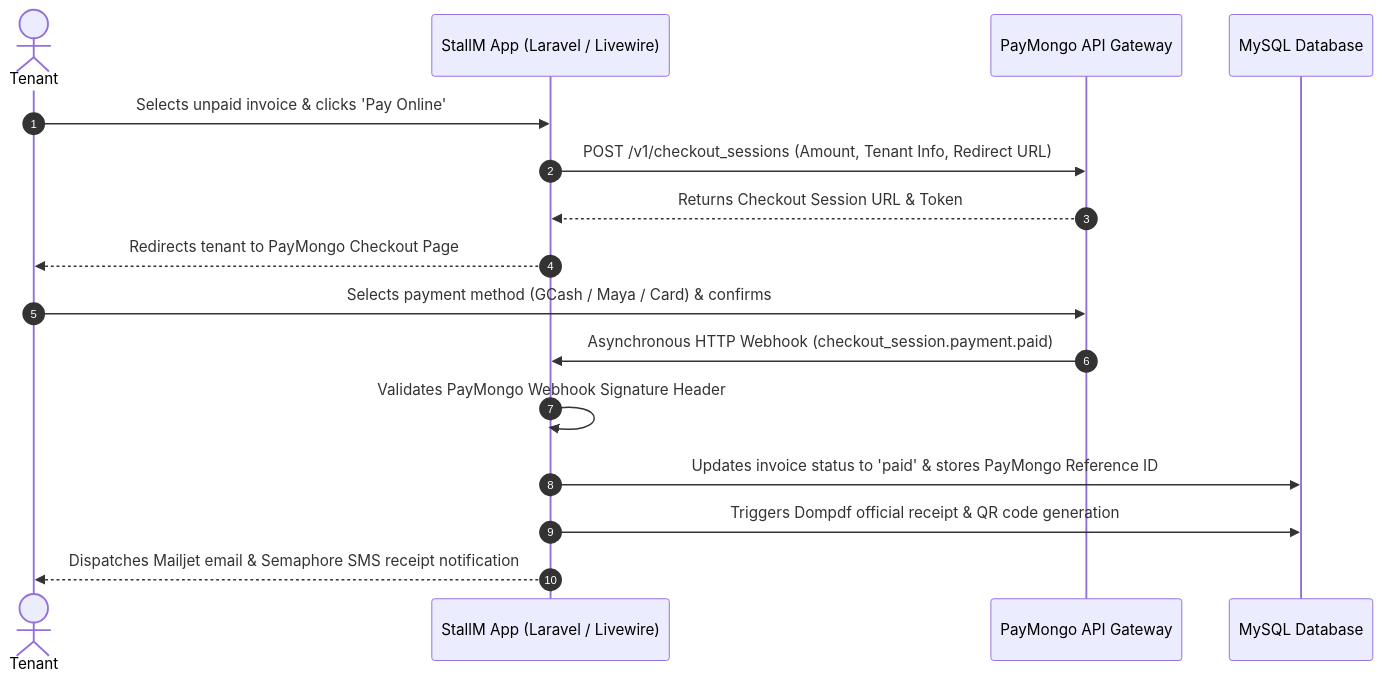
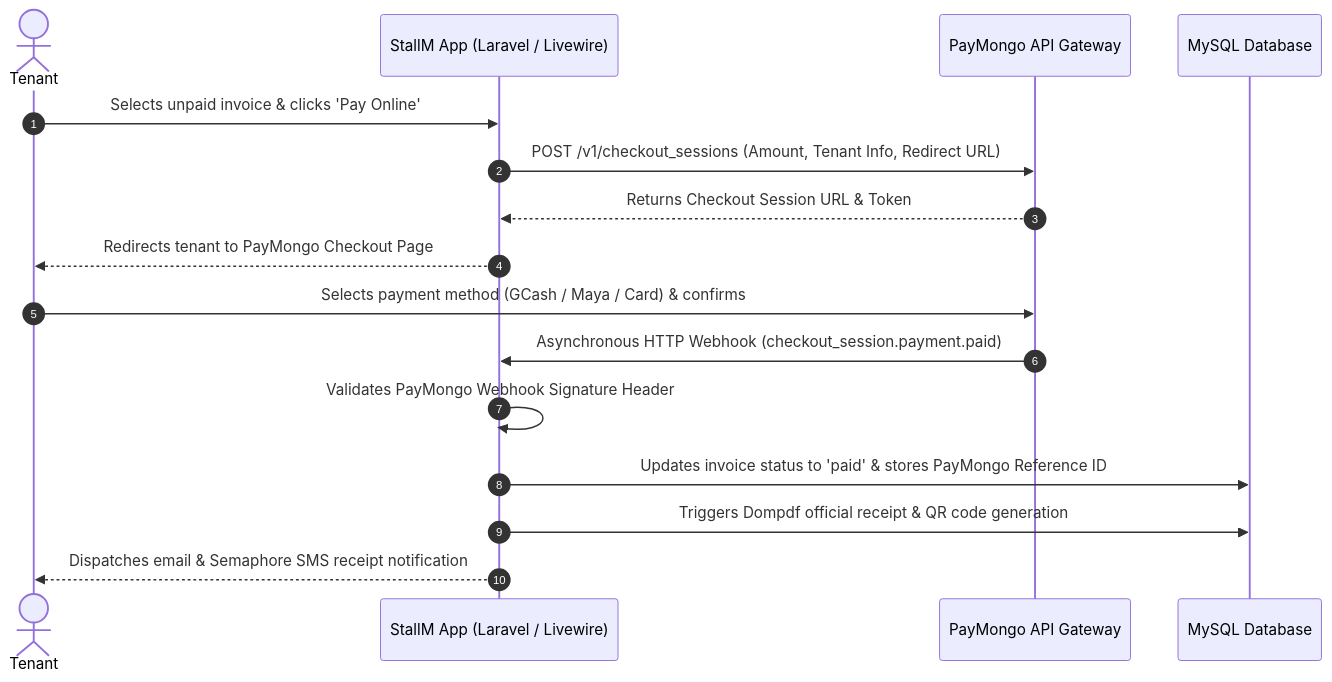
Before and after one commit to bloxer09/Stall-Management-System-Center-Point: the second of 3 diagrams in Chapter4.md, drawn with Mermaid. The commit also changed other lines of this file and 33 other files, not shown here.

Commit message:
feat: implement tenant lease allocation, automated email notifications, and administrative audit logging modules

````diff
--- a/Chapter4.md
+++ b/Chapter4.md
@@ -159,19 +158,19 @@
 ```mermaid
 sequenceDiagram
     autonumber
     actor Tenant
     participant App as StallM App (Laravel / Livewire)
     participant PM as PayMongo API Gateway
     participant DB as MySQL Database
     
     Tenant->>App: Selects unpaid invoice & clicks 'Pay Online'
     App->>PM: POST /v1/checkout_sessions (Amount, Tenant Info, Redirect URL)
     PM-->>App: Returns Checkout Session URL & Token
     App-->>Tenant: Redirects tenant to PayMongo Checkout Page
     Tenant->>PM: Selects payment method (GCash / Maya / Card) & confirms
     PM->>App: Asynchronous HTTP Webhook (checkout_session.payment.paid)
     App->>App: Validates PayMongo Webhook Signature Header
     App->>DB: Updates invoice status to 'paid' & stores PayMongo Reference ID
     App->>DB: Triggers Dompdf official receipt & QR code generation
-    App-->>Tenant: Dispatches Mailjet email & Semaphore SMS receipt notification
+    App-->>Tenant: Dispatches email & Semaphore SMS receipt notification
 ```
````
